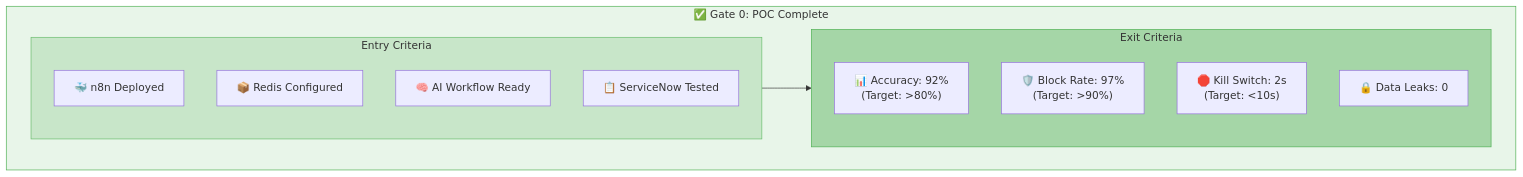
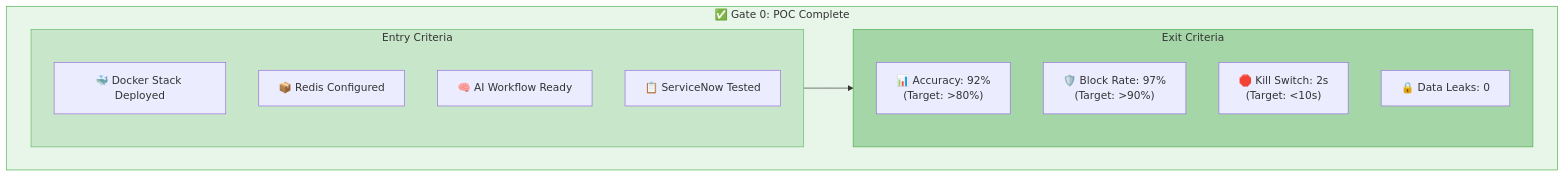
One commit to maniltns/AEGIS changed the second of 8 diagrams in docs/executive-pack/path-to-production.md. Above: the diagram before and after it, drawn with Mermaid. The commit also changed 14 other files, not shown here.

Commit message:
docs: Add comprehensive documentation for AEGIS architecture, demo, setup, and executive insights, and update contributing guidelines for the Python/CrewAI agent stack.

````diff
--- a/docs/executive-pack/path-to-production.md
+++ b/docs/executive-pack/path-to-production.md
@@ -39,24 +39,24 @@
 ```mermaid
 flowchart TB
     subgraph G0["✅ Gate 0: POC Complete"]
         direction LR
         subgraph ENTRY0["Entry Criteria"]
-            E01["🐳 n8n Deployed"]
+            E01["🐳 Docker Stack Deployed"]
             E02["📦 Redis Configured"]
             E03["🧠 AI Workflow Ready"]
             E04["📋 ServiceNow Tested"]
         end
         subgraph EXIT0["Exit Criteria"]
             X01["📊 Accuracy: 92%<br/>(Target: >80%)"]
             X02["🛡️ Block Rate: 97%<br/>(Target: >90%)"]
             X03["🛑 Kill Switch: 2s<br/>(Target: <10s)"]
             X04["🔒 Data Leaks: 0"]
         end
     end
     
     ENTRY0 --> EXIT0
     
     style G0 fill:#e8f5e9,stroke:#4caf50
     style ENTRY0 fill:#c8e6c9,stroke:#66bb6a
     style EXIT0 fill:#a5d6a7,stroke:#4caf50
 ```
````
